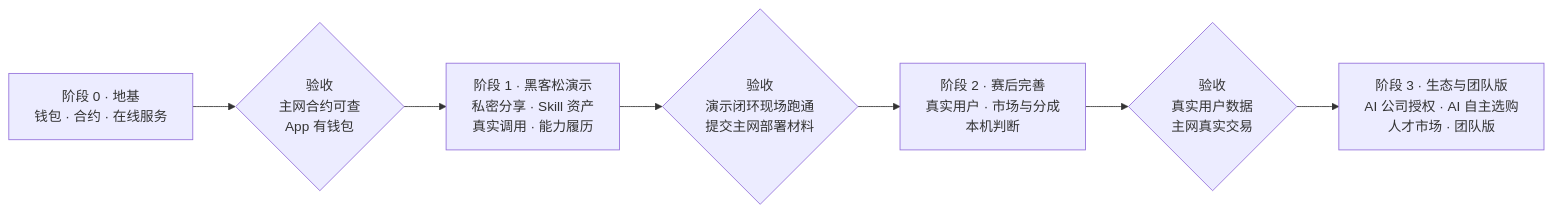
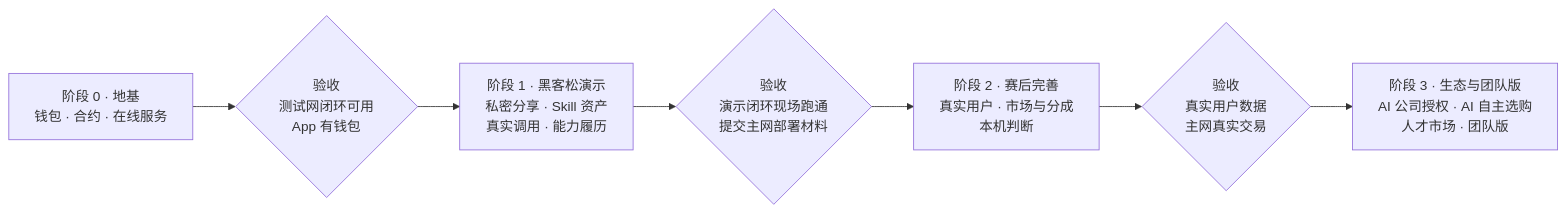
Before and after one commit to KinomotoMio/obelisk-hackathon: the first of 2 diagrams in docs/vision/07-roadmap.md, drawn with Mermaid. The commit also changed other lines of this file and 8 other files, not shown here.

````diff
--- a/docs/vision/07-roadmap.md
+++ b/docs/vision/07-roadmap.md
@@ -7,9 +18,9 @@
 ```mermaid
 flowchart LR
-  P0["阶段 0 · 地基<br/>钱包 · 合约 · 在线服务"] --> G0{"验收<br/>主网合约可查<br/>App 有钱包"}
+  P0["阶段 0 · 地基<br/>钱包 · 合约 · 在线服务"] --> G0{"验收<br/>测试网闭环可用<br/>App 有钱包"}
   G0 --> P1["阶段 1 · 黑客松演示<br/>私密分享 · Skill 资产<br/>真实调用 · 能力履历"]
   P1 --> G1{"验收<br/>演示闭环现场跑通<br/>提交主网部署材料"}
   G1 --> P2["阶段 2 · 赛后完善<br/>真实用户 · 市场与分成<br/>本机判断"]
   P2 --> G2{"验收<br/>真实用户数据<br/>主网真实交易"}
   G2 --> P3["阶段 3 · 生态与团队版<br/>AI 公司授权 · AI 自主选购<br/>人才市场 · 团队版"]
 ```
````
